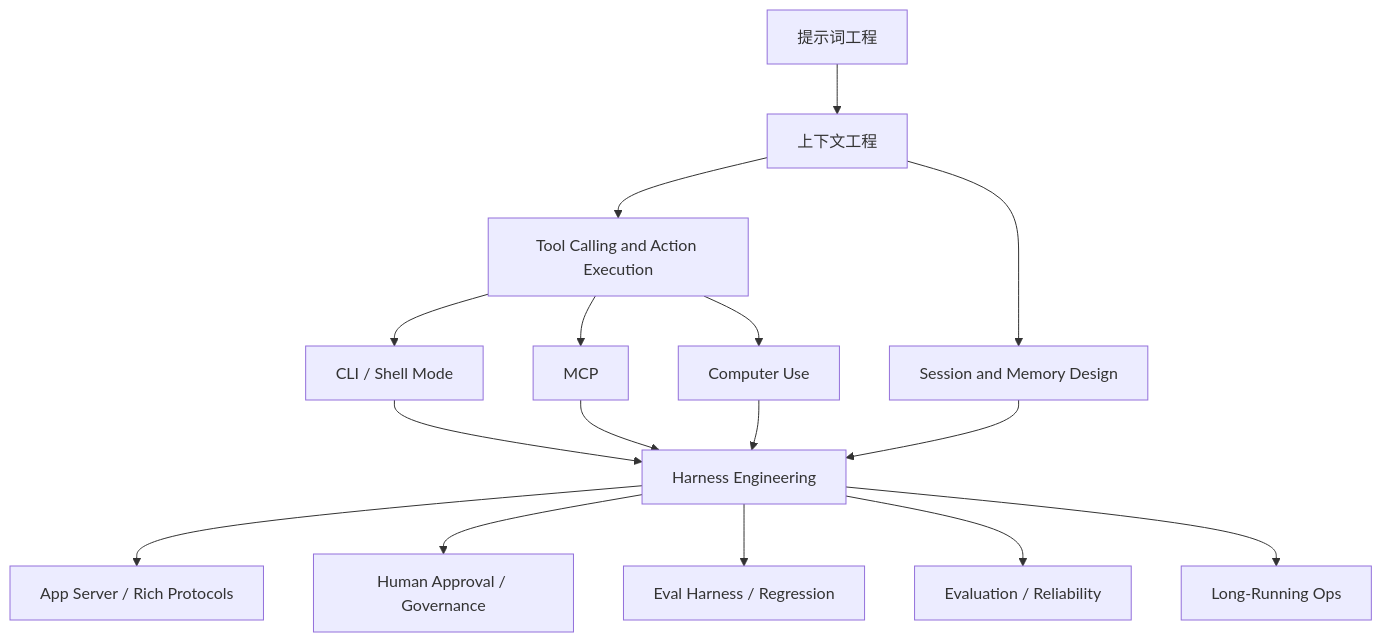
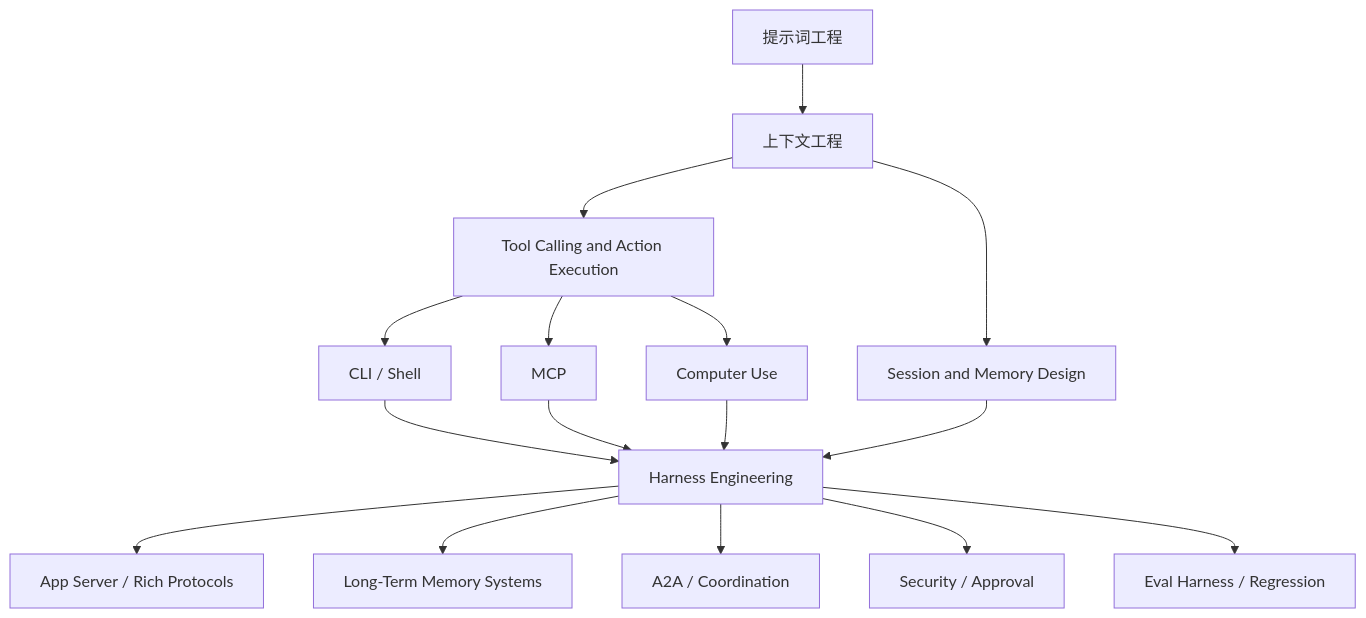
One commit to superliyang/tony-2026 changed the diagram in 01-Areas/AI-Engineering/08-Maps/Agent Context and Integration Engineering Map.md. Above: the diagram before and after it, drawn with Mermaid. The commit also changed other lines of this file and 22 other files, not shown here.

Commit message:
Complete first-pass AI agent architecture system

````diff
--- a/01-Areas/AI-Engineering/08-Maps/Agent Context and Integration Engineering Map.md
+++ b/01-Areas/AI-Engineering/08-Maps/Agent Context and Integration Engineering Map.md
@@ -15,18 +15,18 @@
 ```mermaid
 flowchart TD
   P["提示词工程"] --> C["上下文工程"]
   C --> T["Tool Calling and Action Execution"]
   C --> S["Session and Memory Design"]
-  T --> CLI["CLI / Shell Mode"]
+  T --> CLI["CLI / Shell"]
   T --> MCP["MCP"]
   T --> CU["Computer Use"]
   CLI --> H["Harness Engineering"]
   MCP --> H
   CU --> H
   S --> H
   H --> AP["App Server / Rich Protocols"]
-  H --> G["Human Approval / Governance"]
+  H --> LM["Long-Term Memory Systems"]
+  H --> A2A["A2A / Coordination"]
+  H --> SEC["Security / Approval"]
   H --> EH["Eval Harness / Regression"]
-  H --> E["Evaluation / Reliability"]
-  H --> O["Long-Running Ops"]
 ```
````
